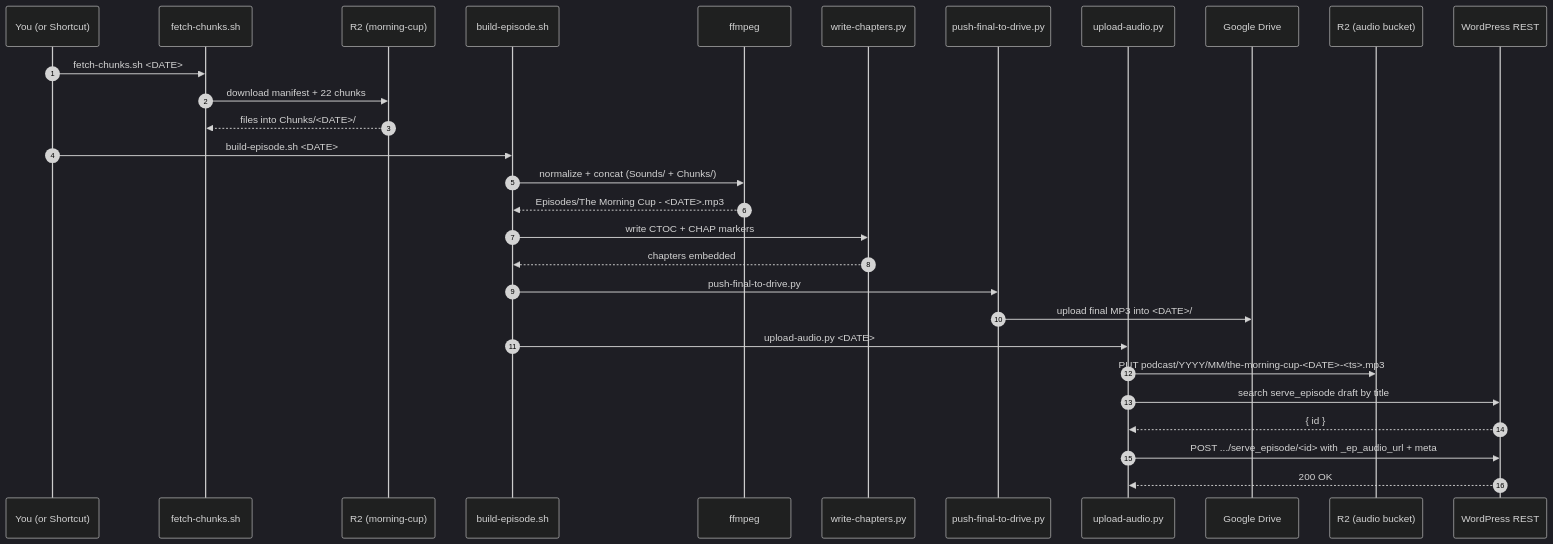
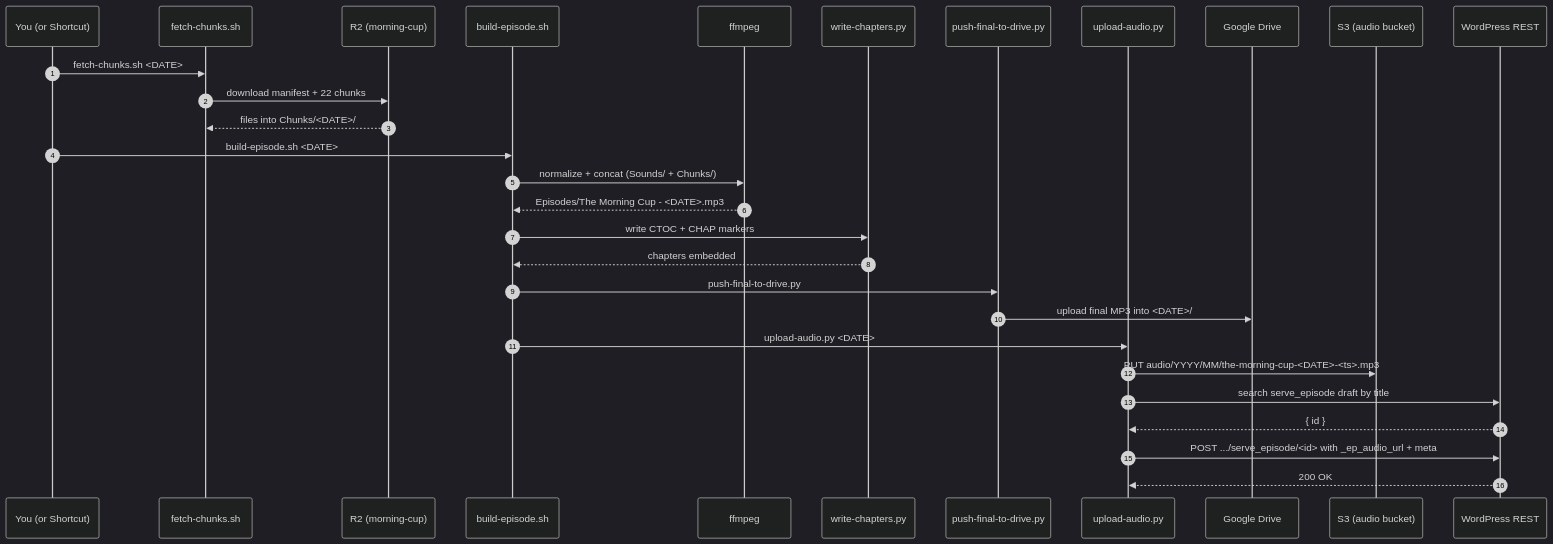
One commit to pennydoesdev/TheMorningCup-Episode-Generator changed the fourth of 8 diagrams in docs/PIPELINE.md. Above: the diagram before and after it, drawn with Mermaid (dark theme). The commit also changed other lines of this file and 3 other files, not shown here.

````diff
--- a/docs/PIPELINE.md
+++ b/docs/PIPELINE.md
@@ -155,32 +155,32 @@
 ```mermaid
 sequenceDiagram
   autonumber
   participant U as You (or Shortcut)
   participant FC as fetch-chunks.sh
   participant R2 as R2 (morning-cup)
   participant BE as build-episode.sh
   participant FF as ffmpeg
   participant Tag as write-chapters.py
   participant PD as push-final-to-drive.py
   participant UA as upload-audio.py
   participant GD as Google Drive
-  participant R2A as R2 (audio bucket)
+  participant S3A as S3 (audio bucket)
   participant WP as WordPress REST
 
   U->>FC: fetch-chunks.sh <DATE>
   FC->>R2: download manifest + 22 chunks
   R2-->>FC: files into Chunks/<DATE>/
   U->>BE: build-episode.sh <DATE>
   BE->>FF: normalize + concat (Sounds/ + Chunks/)
   FF-->>BE: Episodes/The Morning Cup - <DATE>.mp3
   BE->>Tag: write CTOC + CHAP markers
   Tag-->>BE: chapters embedded
   BE->>PD: push-final-to-drive.py
   PD->>GD: upload final MP3 into <DATE>/
   BE->>UA: upload-audio.py <DATE>
-  UA->>R2A: PUT podcast/YYYY/MM/the-morning-cup-<DATE>-<ts>.mp3
+  UA->>S3A: PUT audio/YYYY/MM/the-morning-cup-<DATE>-<ts>.mp3
   UA->>WP: search serve_episode draft by title
   WP-->>UA: { id }
   UA->>WP: POST .../serve_episode/<id> with _ep_audio_url + meta
   WP-->>UA: 200 OK
 ```
````
